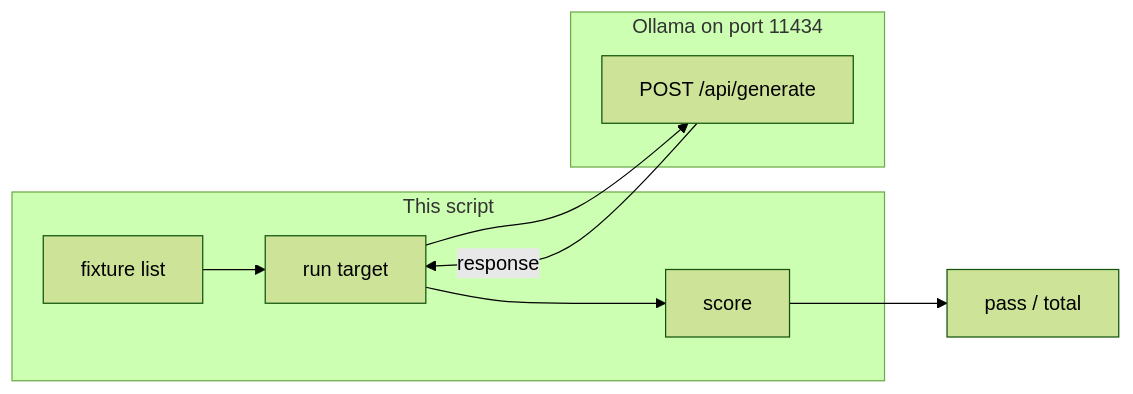
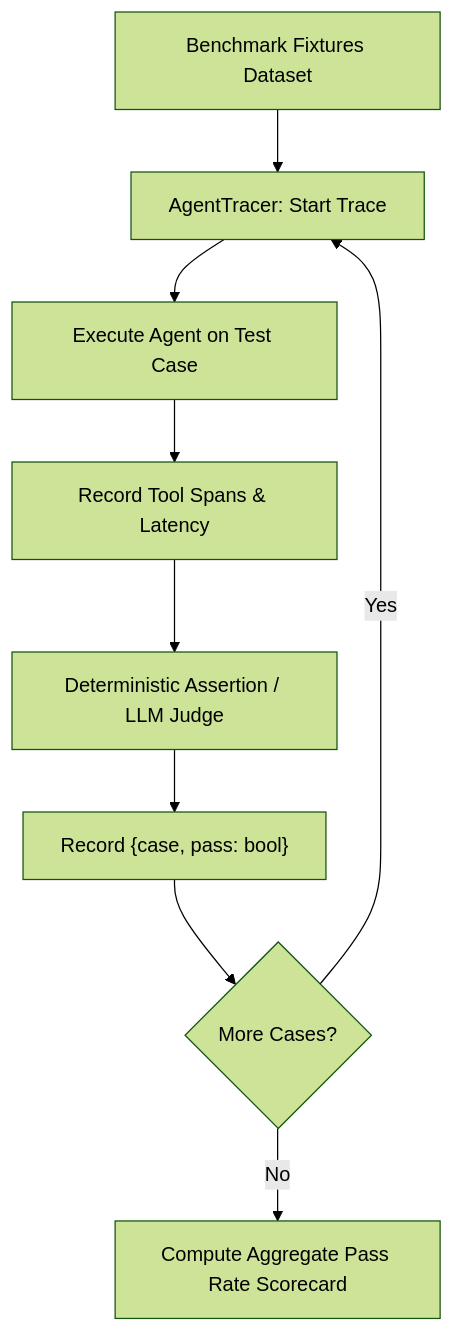
Before and after one commit to jacobbweber/AgenticAI-Labs: the diagram in education/12_agent_evals/lab1_agent_evals.md, drawn with Mermaid (forest theme). The commit also changed other lines of this file and 123 other files, not shown here.

````diff
--- a/education/12_agent_evals/lab1_agent_evals.md
+++ b/education/12_agent_evals/lab1_agent_evals.md
@@ -14,16 +19,11 @@
 ```mermaid
-flowchart LR
-    subgraph eval_lab4_script [This script]
-        C["fixture list"]
-        R["run target"]
-        S["score"]
-    end
-    subgraph eval_lab4_host [Ollama on port 11434]
-        H["POST /api/generate"]
-    end
-    C --> R
-    R --> H
-    H -->|"response"| R
-    R --> S
-    S --> N["pass / total"]
+flowchart TD
+    A["Benchmark Fixtures Dataset"] --> B["AgentTracer: Start Trace"]
+    B --> C["Execute Agent on Test Case"]
+    C --> D["Record Tool Spans & Latency"]
+    D --> E["Deterministic Assertion / LLM Judge"]
+    E --> F["Record {case, pass: bool}"]
+    F --> G{"More Cases?"}
+    G -->|"Yes"| B
+    G -->|"No"| H["Compute Aggregate Pass Rate Scorecard"]
 ```
````
